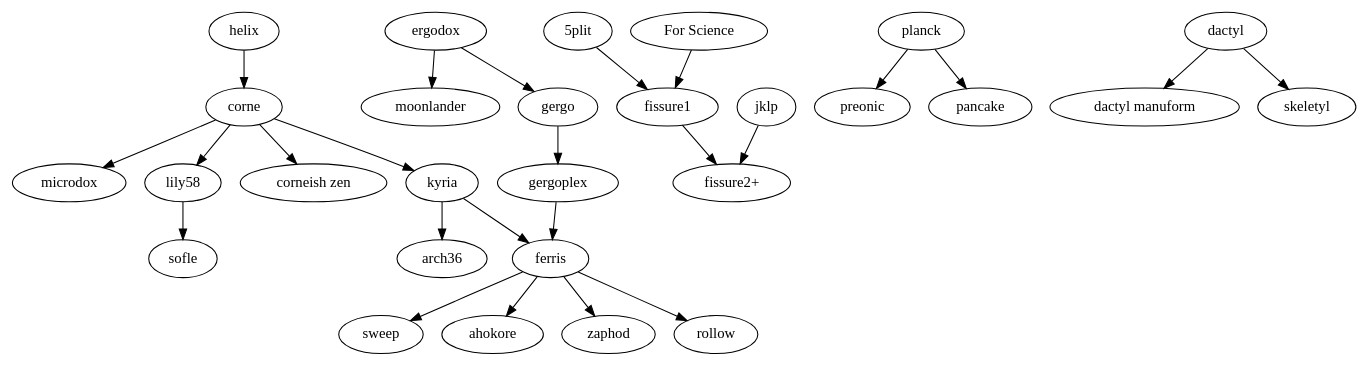
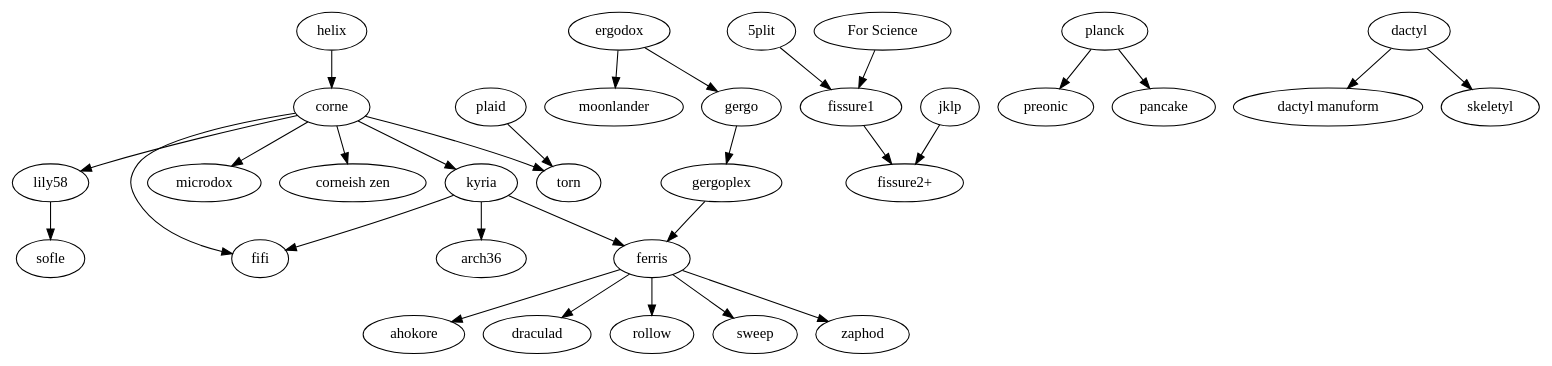
Before and after one commit to petejohanson/mk-family-tree: the diagram in tree.gv, drawn with Graphviz.

Commit message:
Add plaid, fifi, draulad, torn.

```diff
--- a/tree.gv
+++ b/tree.gv
@@ -1,53 +1,58 @@
 digraph T {
   subgraph splits {
     helix -> corne;
 
     corne -> {
+      "corneish zen",
+      fifi,
       kyria,
+      lily58,
       microdox,
-      lily58,
-      "corneish zen";
+      torn
     };
 
     lily58 -> sofle;
 
     kyria -> {
+        arch36,
         ferris,
-        arch36
+        fifi
     };
 
     ergodox -> {
       gergo,
       moonlander
     };
 
     gergo -> gergoplex;
     gergoplex -> ferris;
 
     ferris -> {
+      ahokore,
+      draculad,
+      rollow,
       sweep,
-      ahokore,
-      zaphod,
-      rollow
+      zaphod
     };
 
     "5plit" -> "fissure1";
     "For Science" -> "fissure1";
     fissure1 -> "fissure2+";
     jklp -> "fissure2+";
   }
 
   subgraph ortholinear {
+    plaid -> torn;
     planck -> {
       preonic,
       pancake
     };
   }
 
   subgraph {
     dactyl -> {
       "dactyl manuform",
       skeletyl
     }
   }
 }
```
